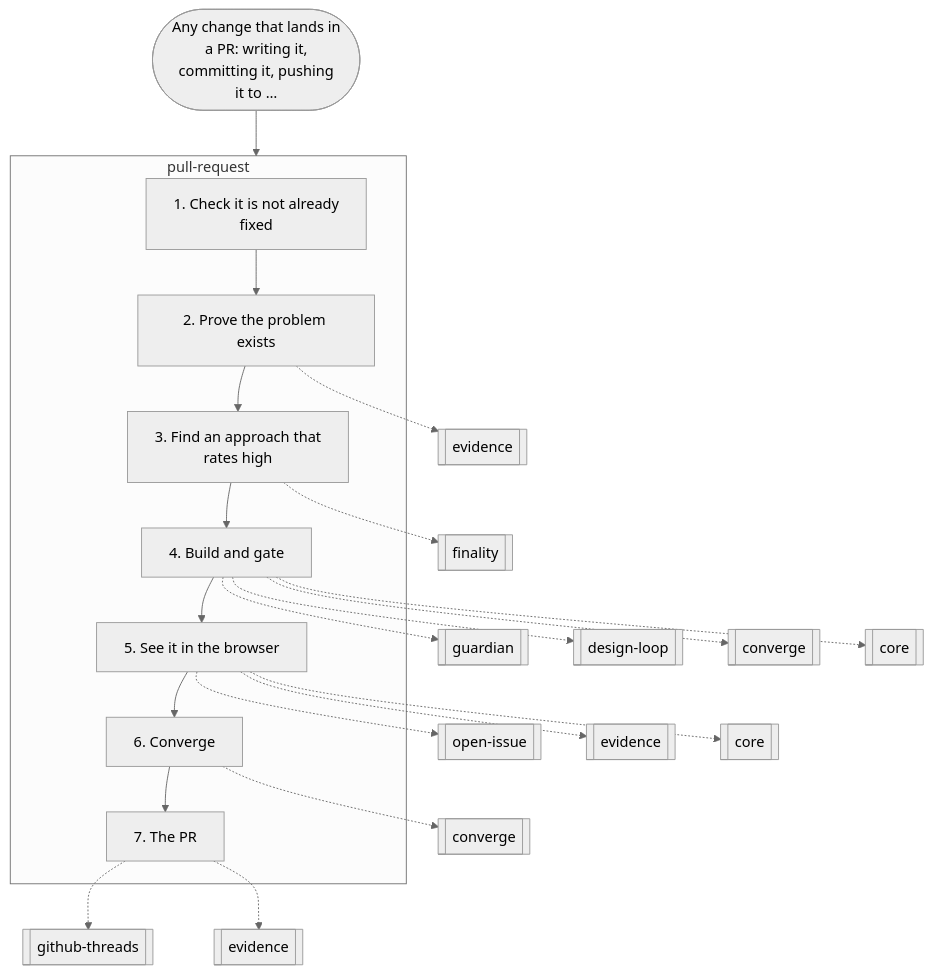
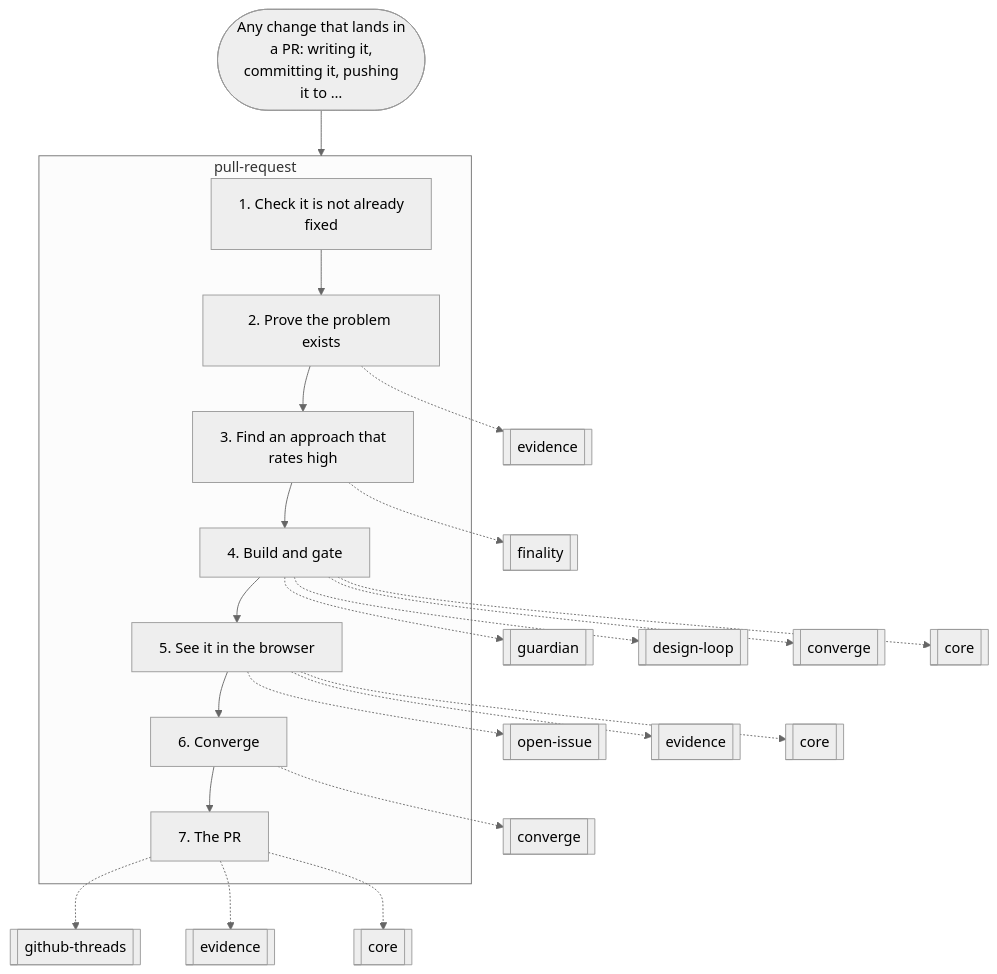
Before and after one commit to nitedani/mergeworthy: the sixth of 16 diagrams in docs/graphs.md, drawn with Mermaid (neutral theme). The commit also changed 2 other files, not shown here.

Commit message:
pull-request: use the repo's own benchmark for the table; none needed when CI reports it; regenerate graphs

````diff
--- a/docs/graphs.md
+++ b/docs/graphs.md
@@ -176,32 +176,33 @@
 ```mermaid
 flowchart TB
   start(["Any change that lands in<br/>a PR: writing it,<br/>committing it, pushing<br/>it to …"])
   subgraph g0["pull-request"]
     s0["1. Check it is not already<br/>fixed"]
     s1["2. Prove the problem exists"]
     s0 --> s1
     s2["3. Find an approach that<br/>rates high"]
     s1 --> s2
     s3["4. Build and gate"]
     s2 --> s3
     s4["5. See it in the browser"]
     s3 --> s4
     s5["6. Converge"]
     s4 --> s5
     s6["7. The PR"]
     s5 --> s6
   end
   s1 -.-> r1[["evidence"]]
   s2 -.-> r2[["finality"]]
   s3 -.-> r3[["guardian"]]
   s3 -.-> r4[["design-loop"]]
   s3 -.-> r5[["converge"]]
   s3 -.-> r6[["core"]]
   s4 -.-> r7[["open-issue"]]
   s4 -.-> r8[["evidence"]]
   s4 -.-> r9[["core"]]
   s5 -.-> r10[["converge"]]
   s6 -.-> r11[["github-threads"]]
   s6 -.-> r12[["evidence"]]
+  s6 -.-> r13[["core"]]
   start --> g0
 ```
````
